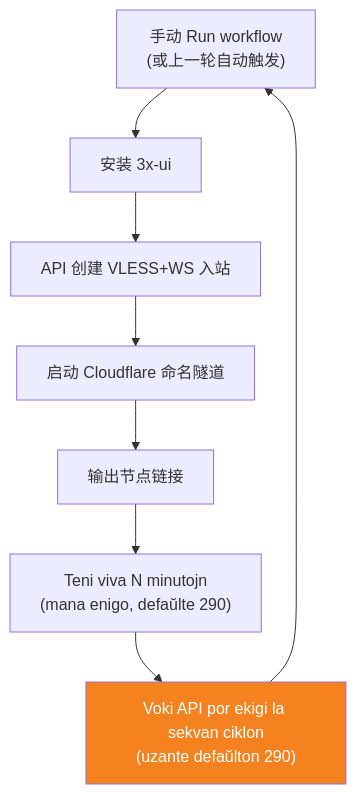
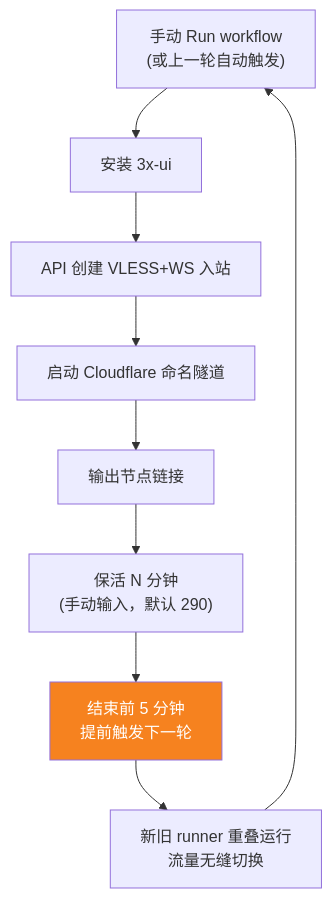
The second of 3 diagrams in README.eo.md (1246437945/cloud-3xui), drawn with Mermaid before and after one commit. The commit also changed other lines of this file, not shown here.

Commit message:
docs: overlapping startup

````diff
--- a/README.eo.md
+++ b/README.eo.md
@@ -30,12 +30,13 @@
 ```mermaid
 flowchart TD
     A["手动 Run workflow\n(或上一轮自动触发)"] --> B["安装 3x-ui"]
     B --> C["API 创建 VLESS+WS 入站"]
     C --> D["启动 Cloudflare 命名隧道"]
     D --> E["输出节点链接"]
-    E --> F["Teni viva N minutojn<br/>(mana enigo, defaŭlte 290)"]
-    F --> G["Voki API por ekigi la sekvan ciklon<br/>(uzante defaŭlton 290)"]
-    G --> A
+    E --> F["保活 N 分钟<br/>(手动输入，默认 290)"]
+    F --> G["结束前 5 分钟<br/>提前触发下一轮"]
+    G --> H["新旧 runner 重叠运行<br/>流量无缝切换"]
+    H --> A
 
     style G fill:#f6821f,color:#fff
 ```
````
